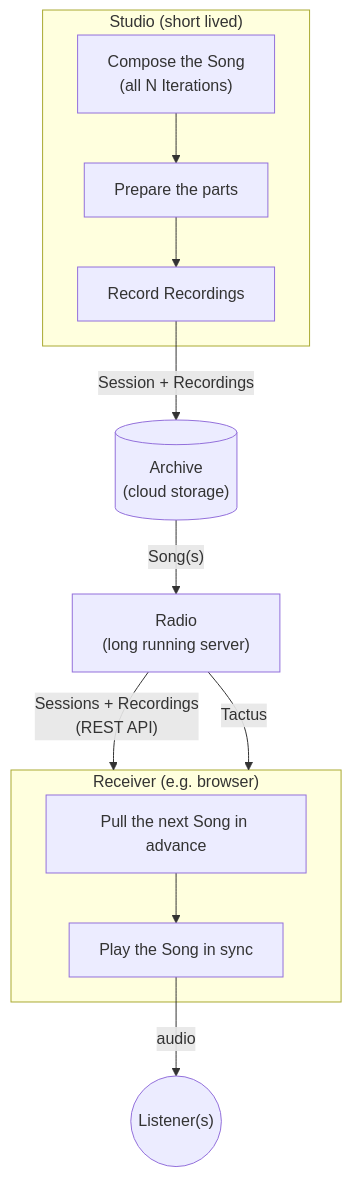
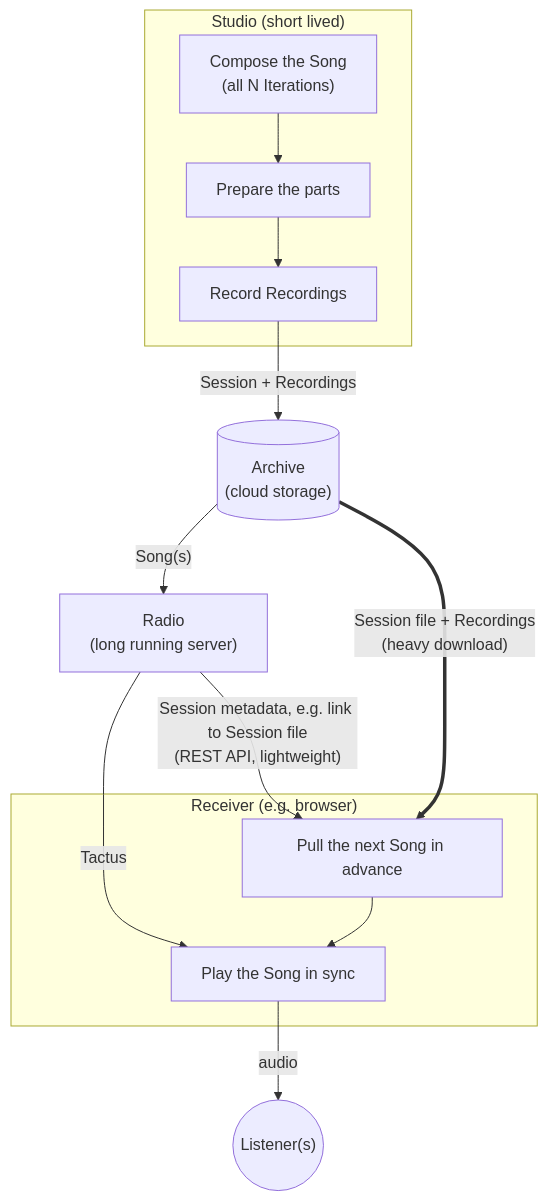
The diagram in plans/2026-11-11-trinity-of-song.md (unkhz/ikuradio), drawn with Mermaid before and after one commit. The commit also changed other lines of this file, not shown here.

Commit message:
Let Receivers download Songs from the Archive
Radio hands out only lightweight Session metadata and the Tactus; each
Receiver downloads the Session file and Recordings from the Archive.

````diff
--- a/plans/2026-11-11-trinity-of-song.md
+++ b/plans/2026-11-11-trinity-of-song.md
@@ -22,19 +24,20 @@
 ```mermaid
 flowchart TD
   subgraph Studio["Studio (short lived)"]
     compose["Compose the Song<br/>(all N Iterations)"] --> prepare["Prepare the parts"]
     prepare --> record["Record Recordings"]
   end
 
   record -- "Session + Recordings" --> Archive[("Archive<br/>(cloud storage)")]
 
   Archive -- "Song(s)" --> Radio["Radio<br/>(long running server)"]
-  Radio -- "Sessions + Recordings<br/>(REST API)" --> Receiver
-  Radio -- "Tactus" --> Receiver
+  Radio -- "Session metadata, e.g. link to Session file<br/>(REST API, lightweight)" --> pull
+  Radio -- "Tactus" --> play
+  Archive == "Session file + Recordings<br/>(heavy download)" ==> pull
 
   subgraph Receiver["Receiver (e.g. browser)"]
     pull["Pull the next Song in advance"] --> play["Play the Song in sync"]
   end
 
   play -- "audio" --> Listener(("Listener(s)"))
 ```
````
